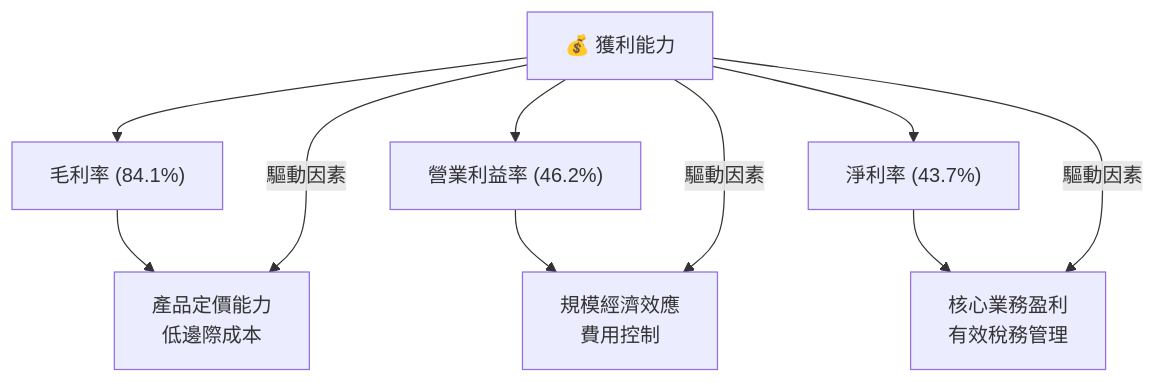
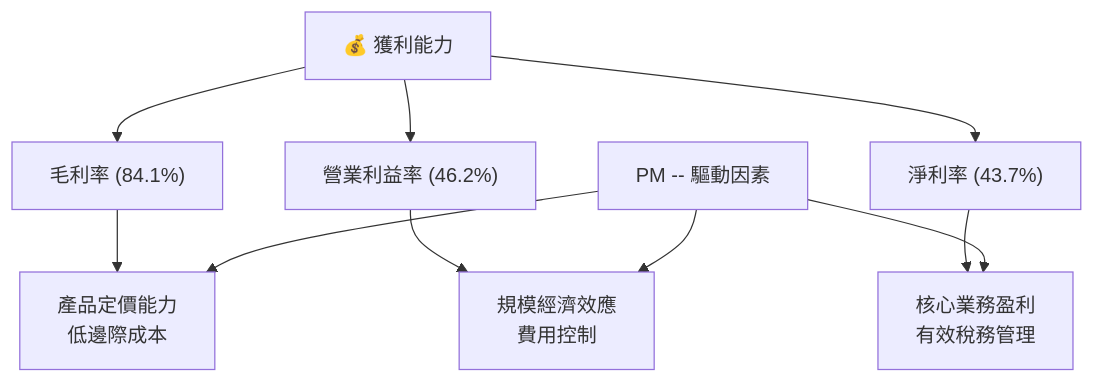
One commit to yennanliu/finance_data changed the tenth of 14 diagrams in ai_gen_report/stock/pltr/fundamental_analysis_2026-07-07_gemini.md. Above: the diagram before and after it, drawn with Mermaid. The commit also changed other lines of this file and 2258 other files, not shown here.

First line of the commit message:
chore: backfill Mermaid syntax repair across existing reports

````diff
--- a/ai_gen_report/stock/pltr/fundamental_analysis_2026-07-07_gemini.md
+++ b/ai_gen_report/stock/pltr/fundamental_analysis_2026-07-07_gemini.md
@@ -588,16 +588,16 @@
 ```mermaid
 graph TD
     PM["💰 獲利能力"]
 
     PM --> GM["毛利率 (84.1%)"]
     PM --> OM["營業利益率 (46.2%)"]
     PM --> NPM["淨利率 (43.7%)"]
 
     GM --> GMD["產品定價能力<br/>低邊際成本"]
     OM --> OMD["規模經濟效應<br/>費用控制"]
     NPM --> NPMD["核心業務盈利<br/>有效稅務管理"]
 
-    PM -- "驅動因素" --> GMD
-    PM -- "驅動因素" --> OMD
-    PM -- "驅動因素" --> NPMD
+    nb1["PM -- "驅動因素""] --> GMD
+    nb1["PM -- "驅動因素""] --> OMD
+    nb1["PM -- "驅動因素""] --> NPMD
 ```
````
